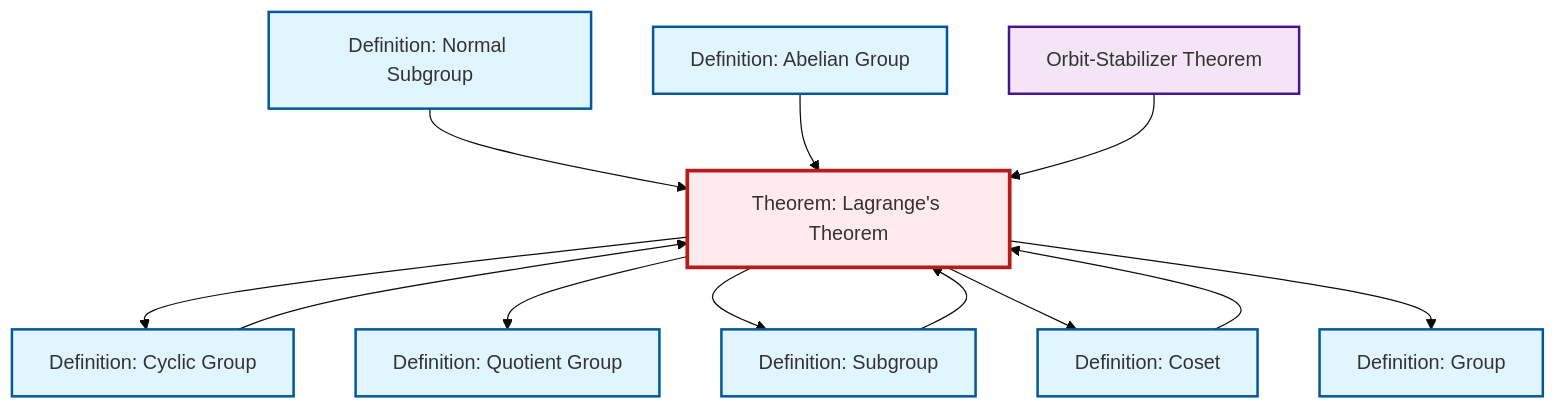
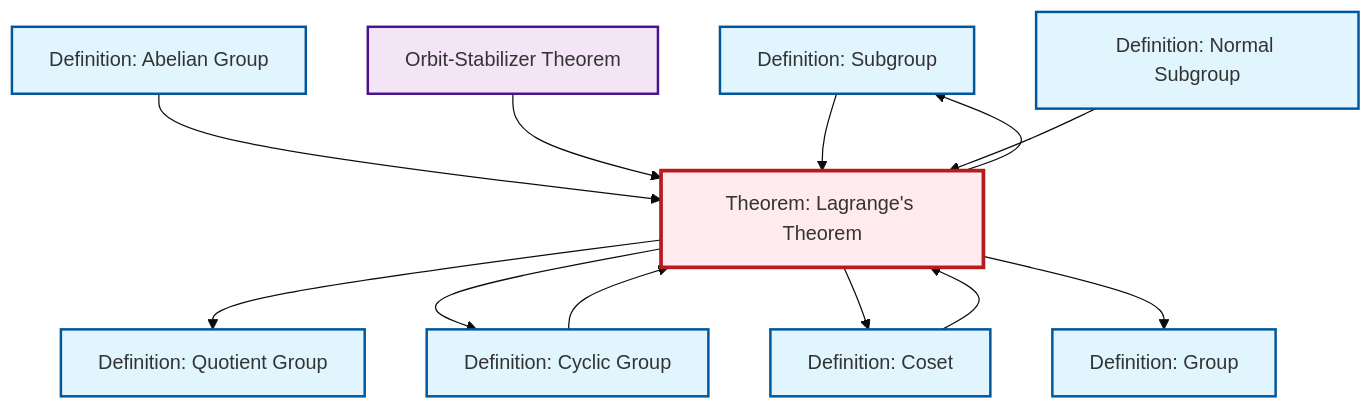
One commit to RK0429/ModernMath changed the diagram in content/ja/algebra/thm-lagrange.qmd. Above: the diagram before and after it, drawn with Mermaid (base theme). The commit also changed other lines of this file and 615 other files, not shown here.

````diff
--- a/content/ja/algebra/thm-lagrange.qmd
+++ b/content/ja/algebra/thm-lagrange.qmd
@@ -44,38 +44,38 @@
 ```{mermaid}
 %%| fig-cap: "Local dependency graph"
 graph TD
     classDef definition fill:#e1f5fe,stroke:#01579b,stroke-width:2px
     classDef theorem fill:#f3e5f5,stroke:#4a148c,stroke-width:2px
     classDef axiom fill:#fff3e0,stroke:#e65100,stroke-width:2px
     classDef example fill:#e8f5e9,stroke:#1b5e20,stroke-width:2px
     classDef current fill:#ffebee,stroke:#b71c1c,stroke-width:3px
-    def-abelian-group["Definition: Abelian Group"]:::definition
-    def-quotient-group["Definition: Quotient Group"]:::definition
+    def-group["Definition: Group"]:::definition
+    def-subgroup["Definition: Subgroup"]:::definition
     def-cyclic-group["Definition: Cyclic Group"]:::definition
     thm-lagrange["Theorem: Lagrange's Theorem"]:::theorem
+    def-abelian-group["Definition: Abelian Group"]:::definition
+    thm-orbit-stabilizer["Orbit-Stabilizer Theorem"]:::theorem
     def-coset["Definition: Coset"]:::definition
     def-normal-subgroup["Definition: Normal Subgroup"]:::definition
-    def-group["Definition: Group"]:::definition
-    thm-orbit-stabilizer["Orbit-Stabilizer Theorem"]:::theorem
-    def-subgroup["Definition: Subgroup"]:::definition
+    def-quotient-group["Definition: Quotient Group"]:::definition
+    def-abelian-group --> thm-lagrange
+    thm-lagrange --> def-quotient-group
+    def-cyclic-group --> thm-lagrange
     thm-lagrange --> def-cyclic-group
-    thm-lagrange --> def-quotient-group
+    thm-orbit-stabilizer --> thm-lagrange
+    def-subgroup --> thm-lagrange
+    def-coset --> thm-lagrange
     thm-lagrange --> def-subgroup
-    def-cyclic-group --> thm-lagrange
     def-normal-subgroup --> thm-lagrange
     thm-lagrange --> def-coset
-    def-abelian-group --> thm-lagrange
-    thm-orbit-stabilizer --> thm-lagrange
     thm-lagrange --> def-group
-    def-subgroup --> thm-lagrange
-    def-coset --> thm-lagrange
     class thm-lagrange current
+    click def-group "def-group.html" "Definition: Groupへ"
+    click def-subgroup "def-subgroup.html" "Definition: Subgroupへ"
+    click def-cyclic-group "def-cyclic-group.html" "Definition: Cyclic Groupへ"
     click def-abelian-group "def-abelian-group.html" "Definition: Abelian Groupへ"
-    click def-quotient-group "def-quotient-group.html" "Definition: Quotient Groupへ"
-    click def-cyclic-group "def-cyclic-group.html" "Definition: Cyclic Groupへ"
+    click thm-orbit-stabilizer "thm-orbit-stabilizer.html" "Orbit-Stabilizer Theoremへ"
     click def-coset "def-coset.html" "Definition: Cosetへ"
     click def-normal-subgroup "def-normal-subgroup.html" "Definition: Normal Subgroupへ"
-    click def-group "def-group.html" "Definition: Groupへ"
-    click thm-orbit-stabilizer "thm-orbit-stabilizer.html" "Orbit-Stabilizer Theoremへ"
-    click def-subgroup "def-subgroup.html" "Definition: Subgroupへ"
+    click def-quotient-group "def-quotient-group.html" "Definition: Quotient Groupへ"
 ```
````
